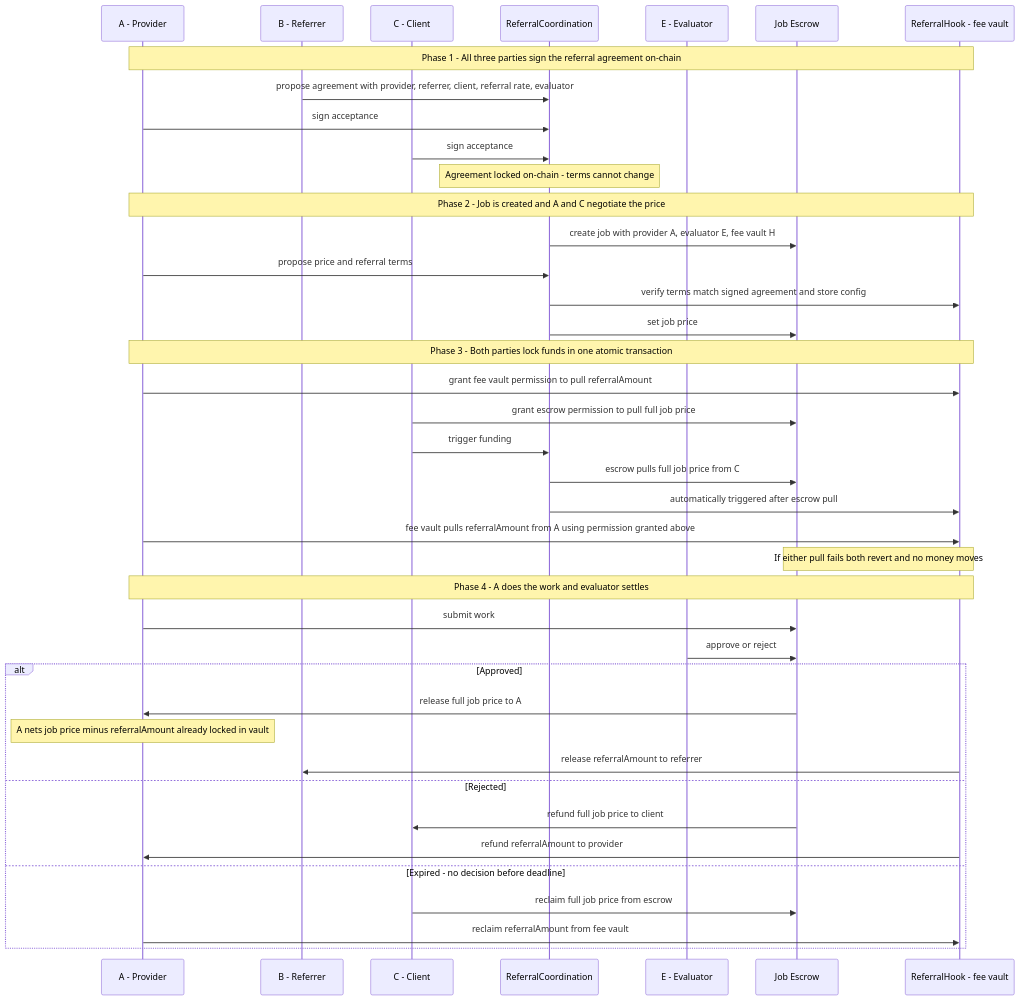
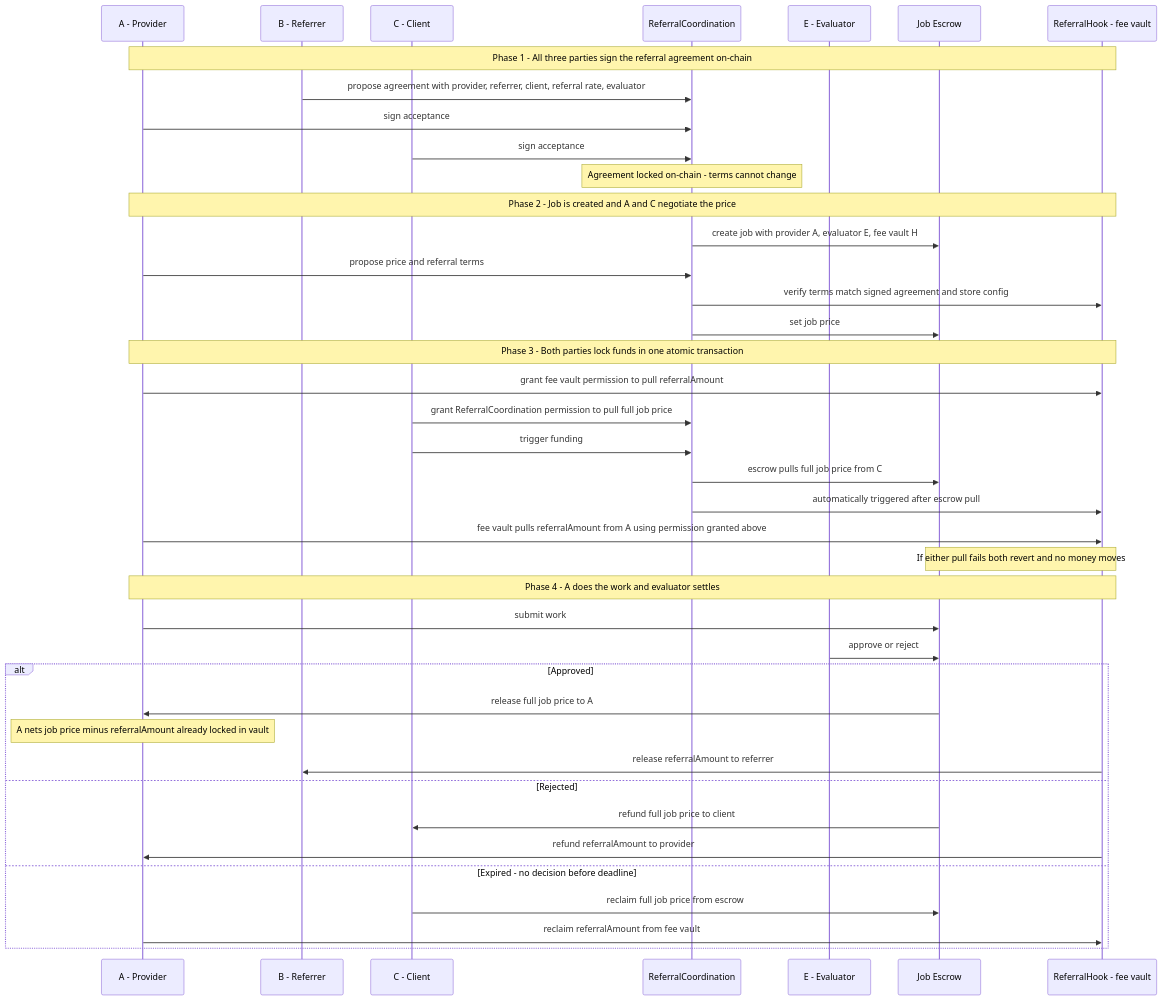
Before and after one commit to luca-nik/a2a-referral-erc: the diagram in README.md, drawn with Mermaid.

Commit message:
Fix token approval: C approves ReferralCoordination not escrow directly

````diff
--- a/README.md
+++ b/README.md
@@ -57,51 +57,51 @@
 ```mermaid
 sequenceDiagram
     participant A as A - Provider
     participant B as B - Referrer
     participant C as C - Client
     participant RC as ReferralCoordination
     participant E as E - Evaluator
     participant ESC as Job Escrow
     participant H as ReferralHook - fee vault
 
     note over A,H: Phase 1 - All three parties sign the referral agreement on-chain
 
     B->>RC: propose agreement with provider, referrer, client, referral rate, evaluator
     A->>RC: sign acceptance
     C->>RC: sign acceptance
     note over RC: Agreement locked on-chain - terms cannot change
 
     note over A,H: Phase 2 - Job is created and A and C negotiate the price
 
     RC->>ESC: create job with provider A, evaluator E, fee vault H
     A->>RC: propose price and referral terms
     RC->>H: verify terms match signed agreement and store config
     RC->>ESC: set job price
 
     note over A,H: Phase 3 - Both parties lock funds in one atomic transaction
 
     A->>H: grant fee vault permission to pull referralAmount
-    C->>ESC: grant escrow permission to pull full job price
+    C->>RC: grant ReferralCoordination permission to pull full job price
     C->>RC: trigger funding
     RC->>ESC: escrow pulls full job price from C
     RC->>H: automatically triggered after escrow pull
     A->>H: fee vault pulls referralAmount from A using permission granted above
     note over ESC,H: If either pull fails both revert and no money moves
 
     note over A,H: Phase 4 - A does the work and evaluator settles
 
     A->>ESC: submit work
     E->>ESC: approve or reject
 
     alt Approved
         ESC->>A: release full job price to A
         note over A: A nets job price minus referralAmount already locked in vault
         H->>B: release referralAmount to referrer
     else Rejected
         ESC->>C: refund full job price to client
         H->>A: refund referralAmount to provider
     else Expired - no decision before deadline
         C->>ESC: reclaim full job price from escrow
         A->>H: reclaim referralAmount from fee vault
     end
 ```
````
